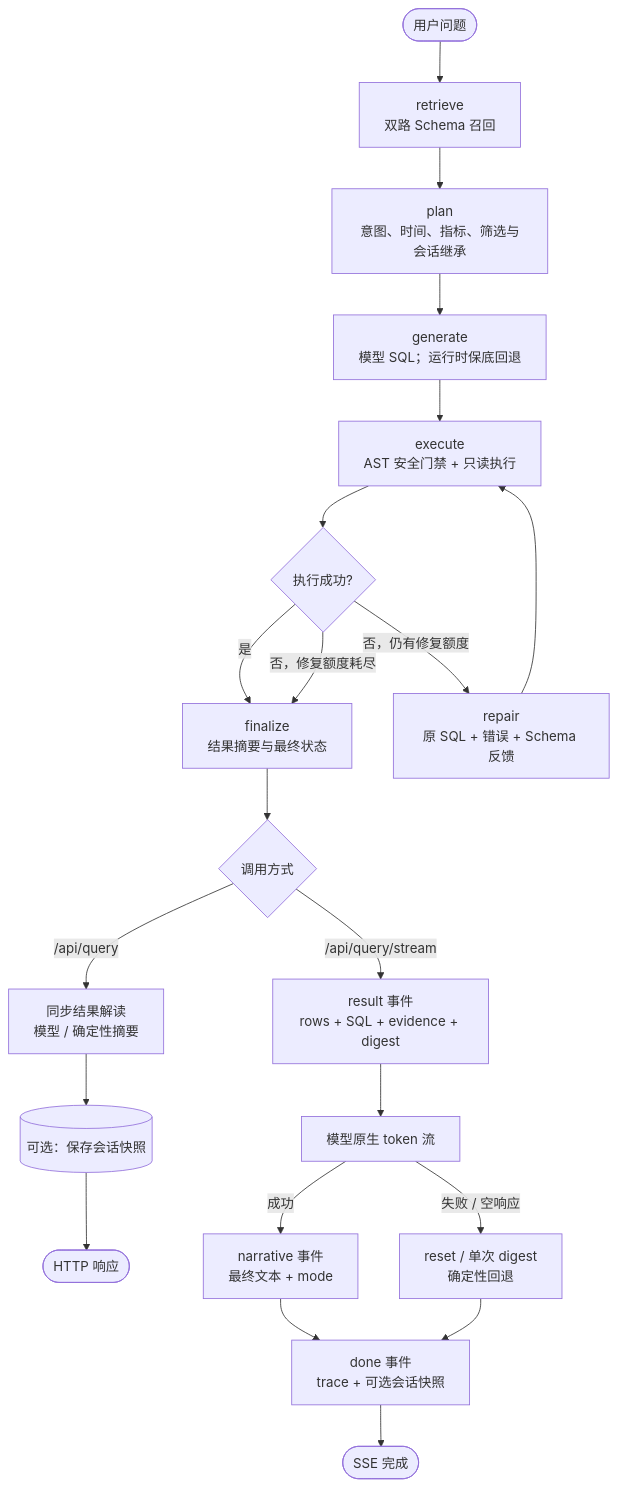
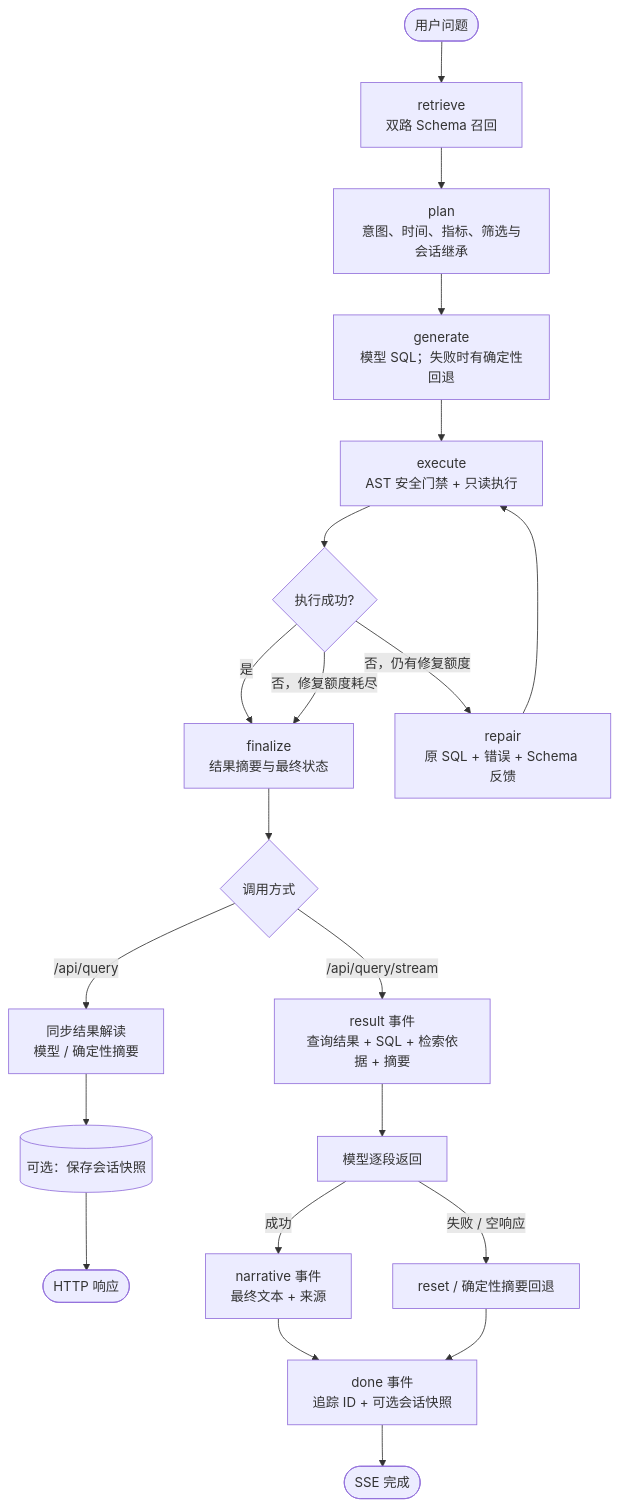
Before and after one commit to sun-sh/atlas-bi-nl2sql: the second of 2 diagrams in README.md, drawn with Mermaid. The commit also changed other lines of this file, not shown here.

````diff
--- a/README.md
+++ b/README.md
@@ -82,23 +82,23 @@
 ```mermaid
 flowchart TD
     START(["用户问题"]) --> RETRIEVE["retrieve<br/>双路 Schema 召回"]
     RETRIEVE --> PLAN["plan<br/>意图、时间、指标、筛选与会话继承"]
-    PLAN --> GENERATE["generate<br/>模型 SQL；运行时保底回退"]
+    PLAN --> GENERATE["generate<br/>模型 SQL；失败时有确定性回退"]
     GENERATE --> EXECUTE["execute<br/>AST 安全门禁 + 只读执行"]
     EXECUTE --> CHECK{"执行成功?"}
     CHECK -->|"是"| FINALIZE["finalize<br/>结果摘要与最终状态"]
     CHECK -->|"否，仍有修复额度"| REPAIR["repair<br/>原 SQL + 错误 + Schema 反馈"]
     REPAIR --> EXECUTE
     CHECK -->|"否，修复额度耗尽"| FINALIZE
     FINALIZE --> MODE{"调用方式"}
     MODE -->|"/api/query"| SYNC["同步结果解读<br/>模型 / 确定性摘要"]
     SYNC --> SYNC_MEMORY[("可选：保存会话快照")]
     SYNC_MEMORY --> RESPONSE(["HTTP 响应"])
-    MODE -->|"/api/query/stream"| RESULT["result 事件<br/>rows + SQL + evidence + digest"]
-    RESULT --> STREAM["模型原生 token 流"]
-    STREAM -->|"成功"| NARRATIVE["narrative 事件<br/>最终文本 + mode"]
-    STREAM -->|"失败 / 空响应"| FALLBACK["reset / 单次 digest<br/>确定性回退"]
-    NARRATIVE --> DONE["done 事件<br/>trace + 可选会话快照"]
+    MODE -->|"/api/query/stream"| RESULT["result 事件<br/>查询结果 + SQL + 检索依据 + 摘要"]
+    RESULT --> STREAM["模型逐段返回"]
+    STREAM -->|"成功"| NARRATIVE["narrative 事件<br/>最终文本 + 来源"]
+    STREAM -->|"失败 / 空响应"| FALLBACK["reset / 确定性摘要回退"]
+    NARRATIVE --> DONE["done 事件<br/>追踪 ID + 可选会话快照"]
     FALLBACK --> DONE
     DONE --> SSE_END(["SSE 完成"])
 ```
````
